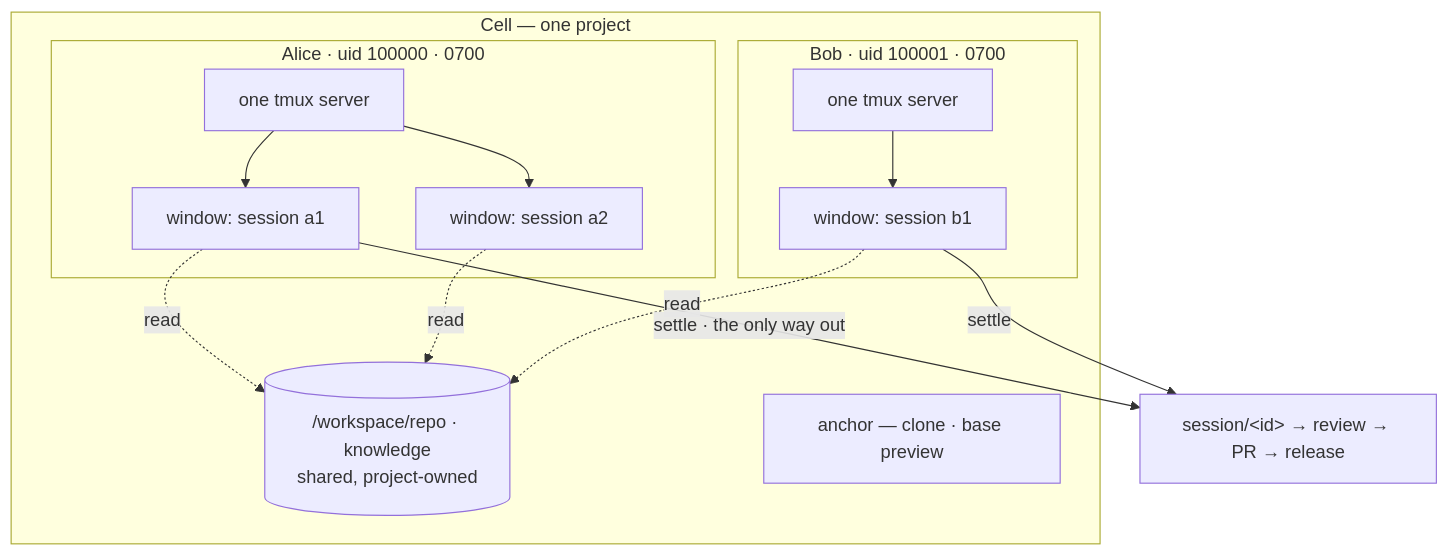
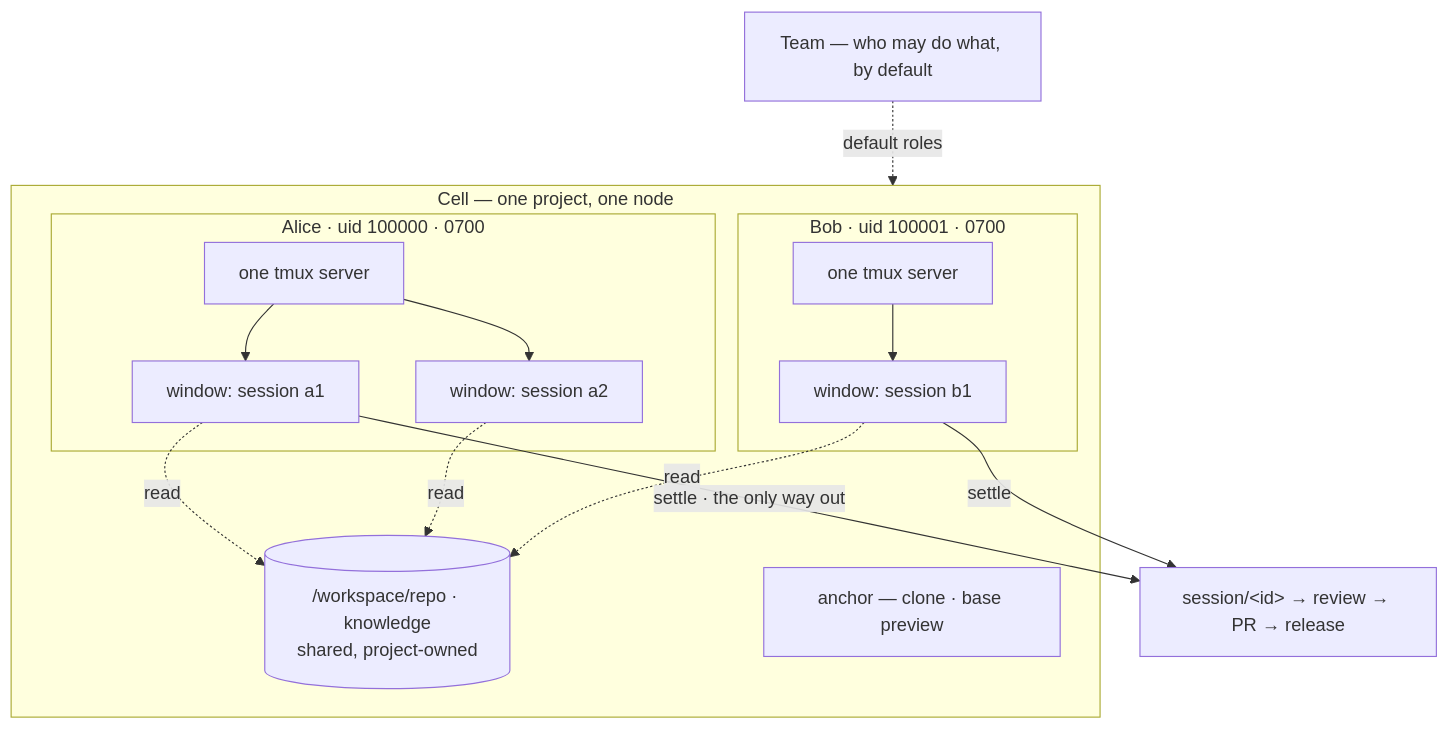
The diagram in README.md (zippo1908/agentcell), drawn with Mermaid before and after one commit. The commit also changed other lines of this file and 1 other file, not shown here.

````diff
--- a/README.md
+++ b/README.md
@@ -48,21 +76,23 @@
 ```mermaid
 flowchart TB
-    subgraph CELL["Cell — one project"]
+    TEAM["Team — who may do what, by default"]
+    subgraph CELL["Cell — one project, one node"]
         OBJ[("/workspace/repo · knowledge<br/>shared, project-owned")]
         ANCHOR["anchor — clone · base preview"]
         subgraph UA["Alice · uid 100000 · 0700"]
             TA["one tmux server"]
             WA1["window: session a1"]
             WA2["window: session a2"]
         end
         subgraph UB["Bob · uid 100001 · 0700"]
             TB["one tmux server"]
             WB1["window: session b1"]
         end
     end
+    TEAM -.->|default roles| CELL
     TA --> WA1 & WA2
     TB --> WB1
     WA1 & WA2 & WB1 -.->|read| OBJ
     WA1 -->|settle · the only way out| BR["session/&lt;id&gt; → review → PR → release"]
     WB1 -->|settle| BR
 ```
````
